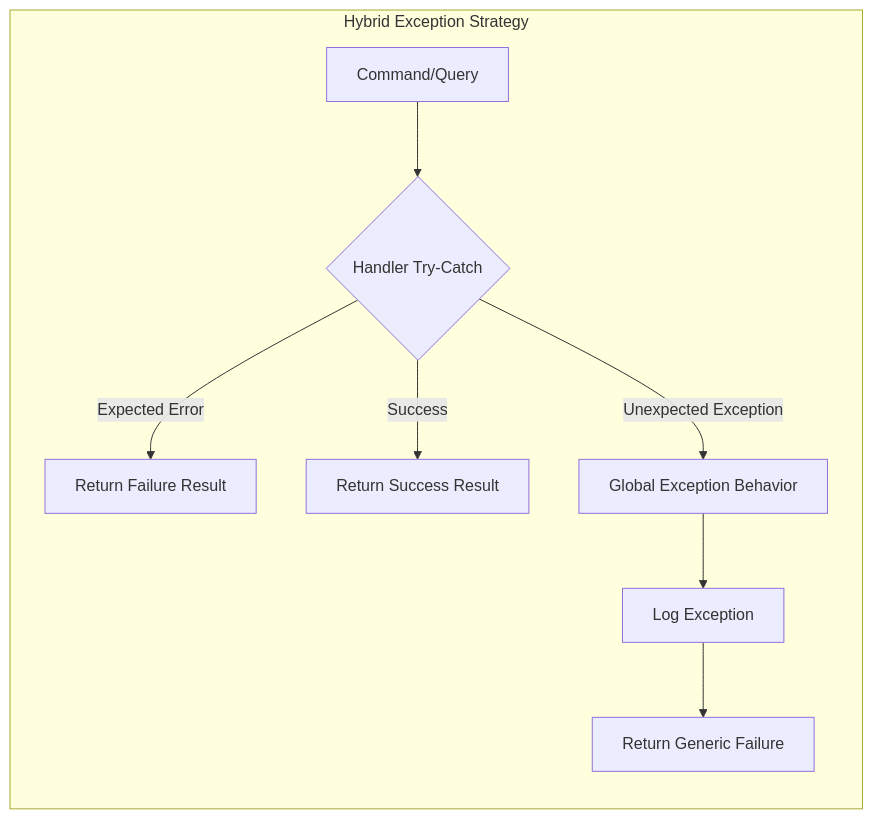
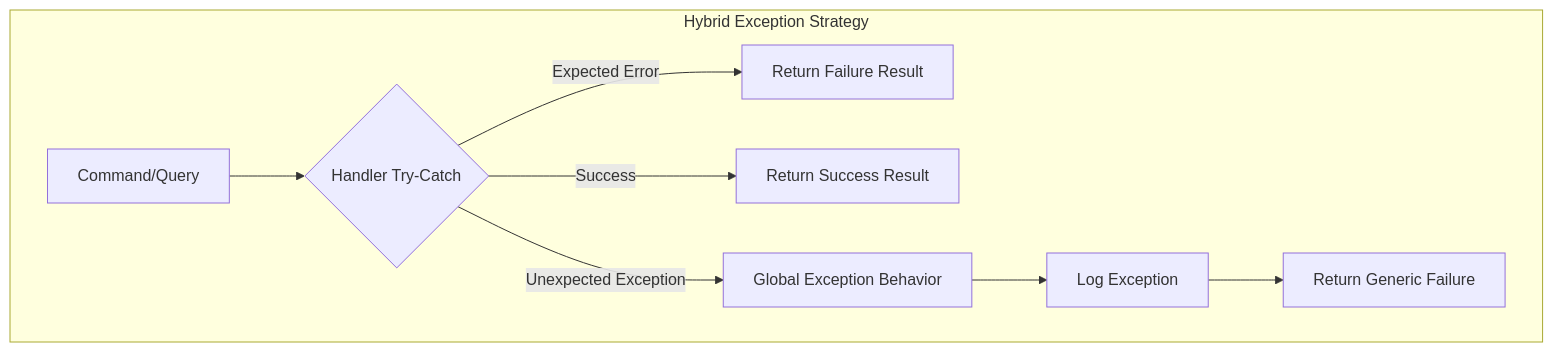
Before and after one commit to JDKoll1982/MTM_Receiving_Application: the fourth of 11 diagrams in Module_Receiving/Preparation/MASTER_PROMPT_SUGGESTIONS_PRINT.md, drawn with Mermaid. The commit also changed other lines of this file and 2 other files, not shown here.

Commit message:
Refactor code structure for improved readability and maintainability

````diff
--- a/Module_Receiving/Preparation/MASTER_PROMPT_SUGGESTIONS_PRINT.md
+++ b/Module_Receiving/Preparation/MASTER_PROMPT_SUGGESTIONS_PRINT.md
@@ -247,11 +247,11 @@
 ```mermaid
-graph LR
+graph TB
     subgraph "Hybrid Exception Strategy"
         A[Command/Query] --> B{Handler Try-Catch}
         B -->|Expected Error| C[Return Failure Result]
         B -->|Success| D[Return Success Result]
         B -->|Unexpected Exception| E[Global Exception Behavior]
         E --> F[Log Exception]
         F --> G[Return Generic Failure]
     end
 ```
````
